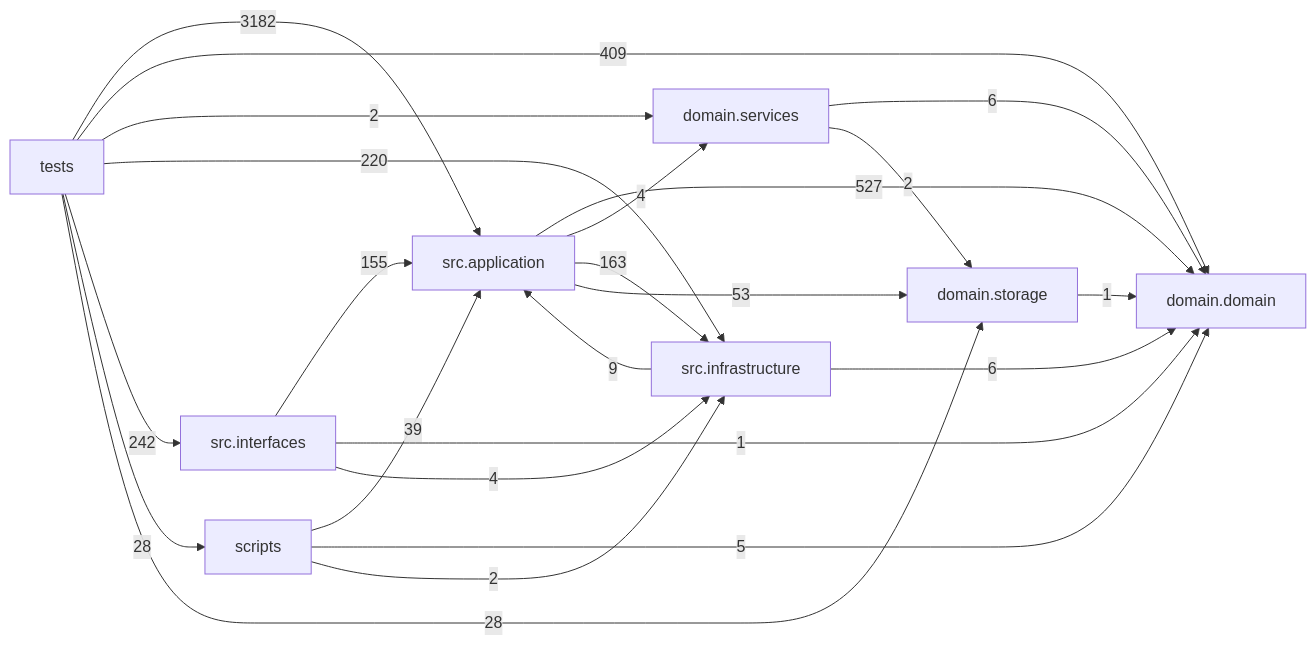
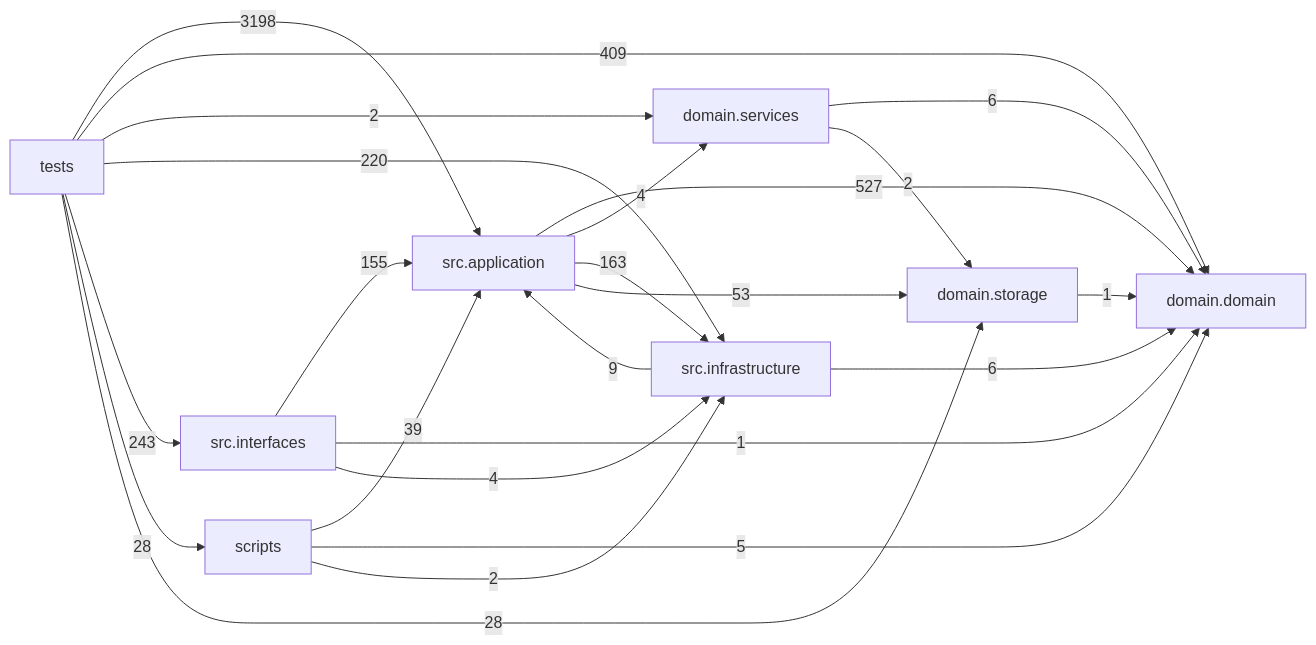
One commit to liuxie066/options-monitor changed the diagram in docs/DEPENDENCY_GRAPH.md. Above: the diagram before and after it, drawn with Mermaid. The commit also changed other lines of this file and 1 other file, not shown here.

First line of the commit message:
docs(deploy): 对账由目标 release 的 om 执行，并重建依赖图

````diff
--- a/docs/DEPENDENCY_GRAPH.md
+++ b/docs/DEPENDENCY_GRAPH.md
@@ -24,33 +24,33 @@
 ```mermaid
 flowchart LR
   tests["tests"]
   scripts["scripts"]
   interfaces["src.interfaces"]
   application["src.application"]
   infrastructure["src.infrastructure"]
   domain_services["domain.services"]
   domain["domain.domain"]
   storage["domain.storage"]
   application -->|527| domain
   application -->|4| domain_services
   application -->|163| infrastructure
   application -->|53| storage
   domain_services -->|6| domain
   domain_services -->|2| storage
   infrastructure -->|9| application
   infrastructure -->|6| domain
   interfaces -->|155| application
   interfaces -->|1| domain
   interfaces -->|4| infrastructure
   scripts -->|39| application
   scripts -->|5| domain
   scripts -->|2| infrastructure
   storage -->|1| domain
-  tests -->|3182| application
+  tests -->|3198| application
   tests -->|409| domain
   tests -->|2| domain_services
   tests -->|220| infrastructure
-  tests -->|242| interfaces
+  tests -->|243| interfaces
   tests -->|28| scripts
   tests -->|28| storage
 ```
````
